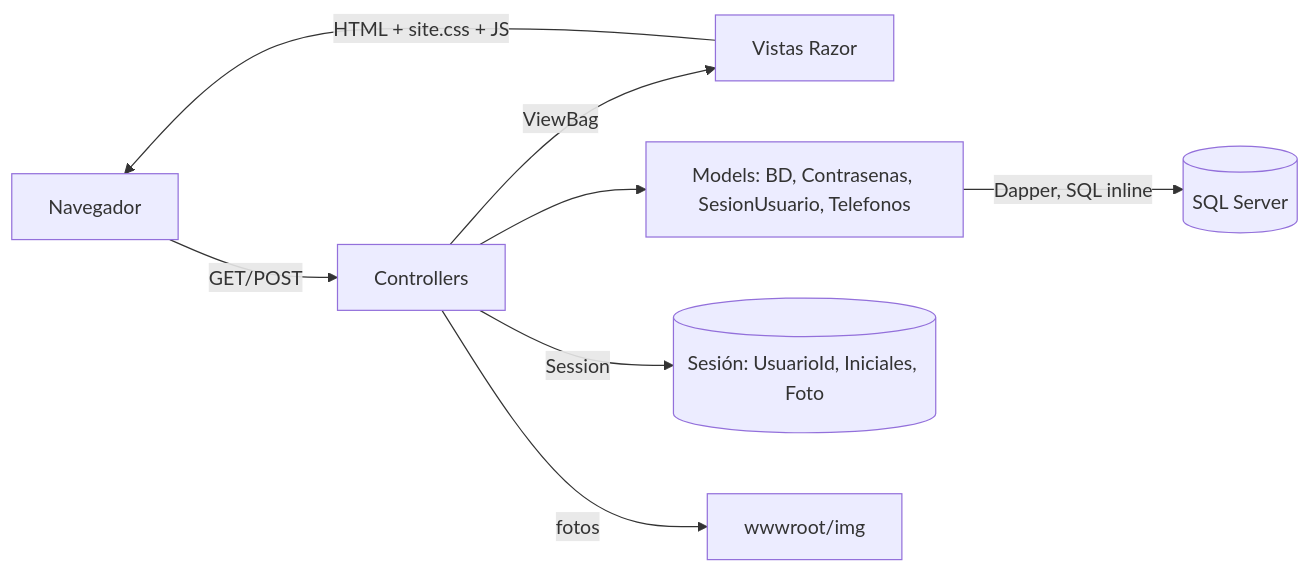
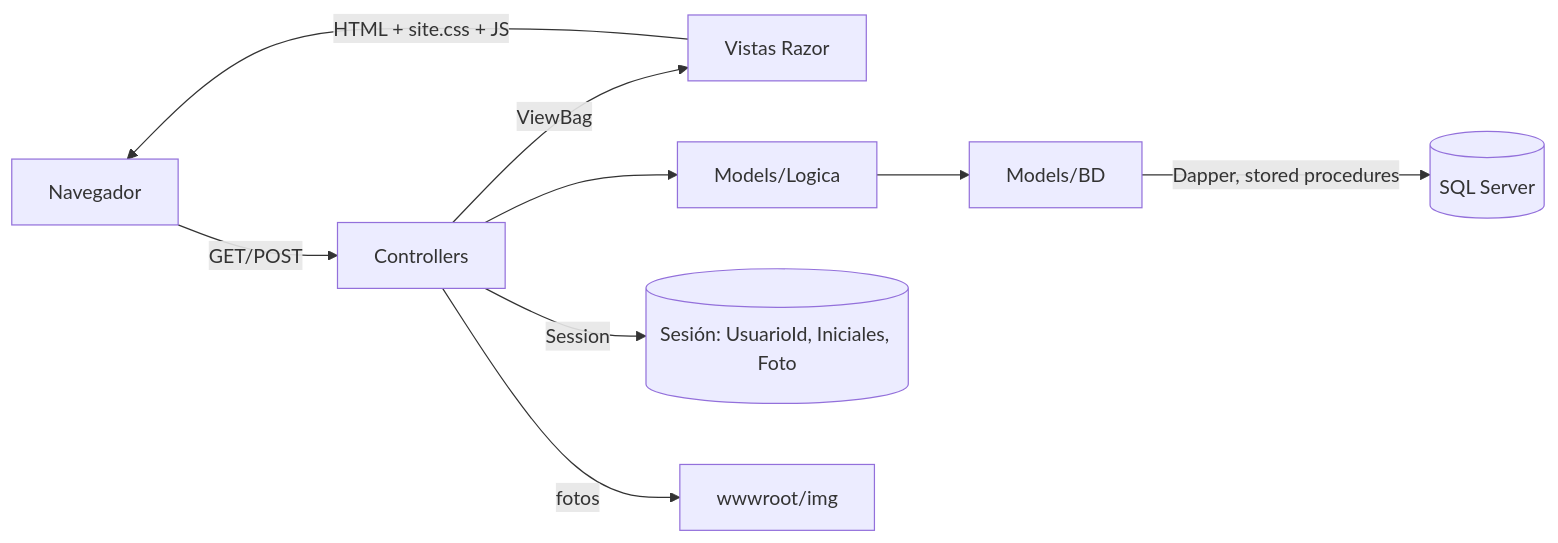
One commit to Rafaodiard/SwappIt changed the diagram in Vault/Arquitectura.md. Above: the diagram before and after it, drawn with Mermaid. The commit also changed other lines of this file and 87 other files, not shown here.

Commit message:
logica a models

````diff
--- a/Vault/Arquitectura.md
+++ b/Vault/Arquitectura.md
@@ -11,10 +11,11 @@
 ```mermaid
 flowchart LR
     N[Navegador] -->|GET/POST| C[Controllers]
     C -->|ViewBag| V[Vistas Razor]
     V -->|HTML + site.css + JS| N
-    C --> M[Models: BD, Contrasenas, SesionUsuario, Telefonos]
-    M -->|Dapper, SQL inline| DB[(SQL Server)]
+    C --> L[Models/Logica]
+    L --> M[Models/BD]
+    M -->|Dapper, stored procedures| DB[(SQL Server)]
     C -->|Session| S[(Sesión: UsuarioId, Iniciales, Foto)]
     C -->|fotos| W[wwwroot/img]
 ```
````
